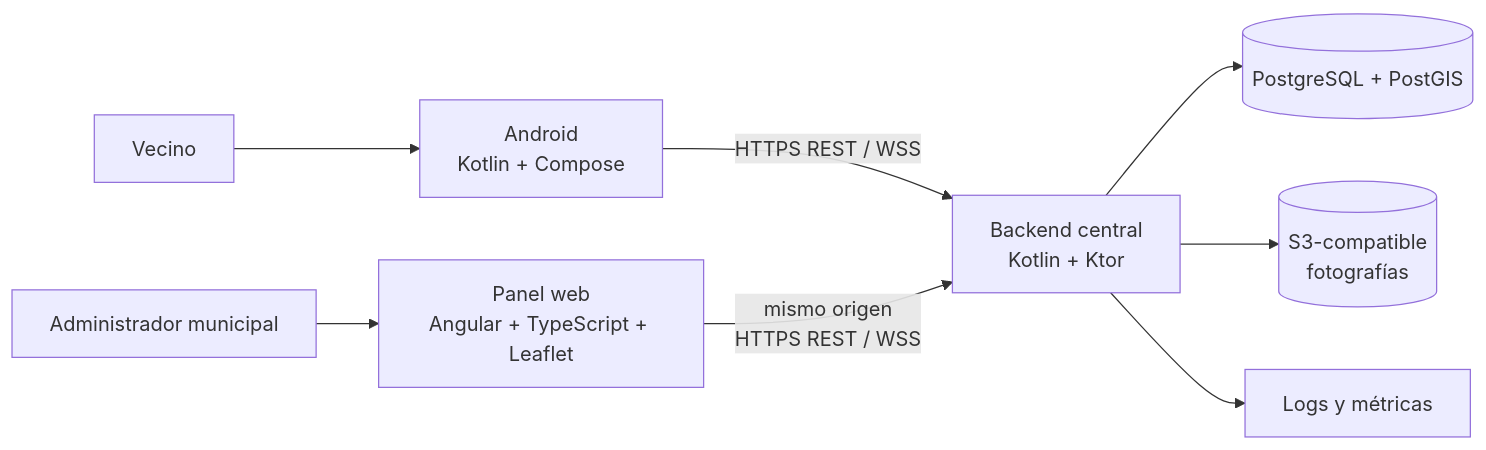
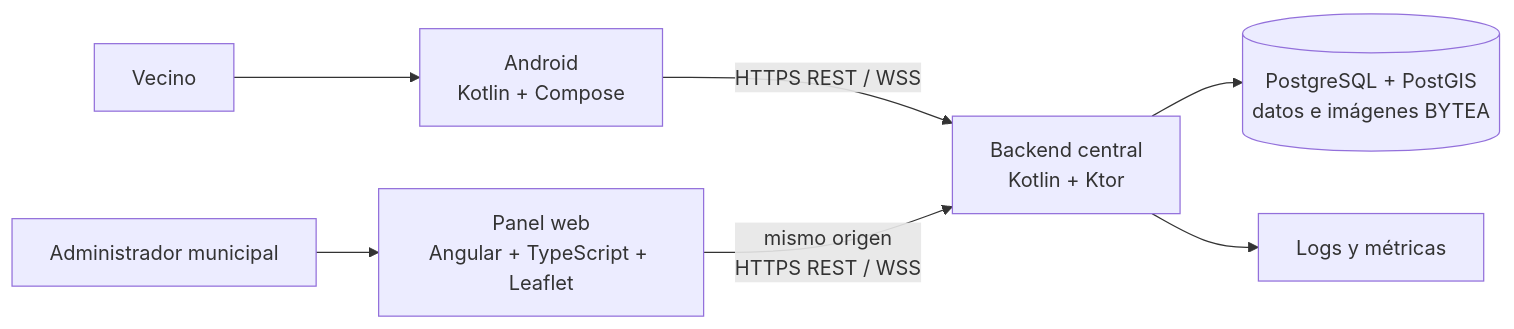
Before and after one commit to Jquincal/Mapa-Urbano: the first of 3 diagrams in docs/01-arquitectura.md, drawn with Mermaid. The commit also changed other lines of this file and 31 other files, not shown here.

Commit message:
chore: remove Angular prototype and store images in PostgreSQL

````diff
--- a/docs/01-arquitectura.md
+++ b/docs/01-arquitectura.md
@@ -11,10 +11,9 @@
 ```mermaid
 flowchart LR
     V[Vecino] --> A[Android<br/>Kotlin + Compose]
     M[Administrador municipal] --> W[Panel web<br/>Angular + TypeScript + Leaflet]
     A -->|HTTPS REST / WSS| K[Backend central<br/>Kotlin + Ktor]
     W -->|mismo origen<br/>HTTPS REST / WSS| K
-    K --> P[(PostgreSQL + PostGIS)]
-    K --> S[(S3-compatible<br/>fotografías)]
+    K --> P[(PostgreSQL + PostGIS<br/>datos e imágenes BYTEA)]
     K --> O[Logs y métricas]
 ```
````
